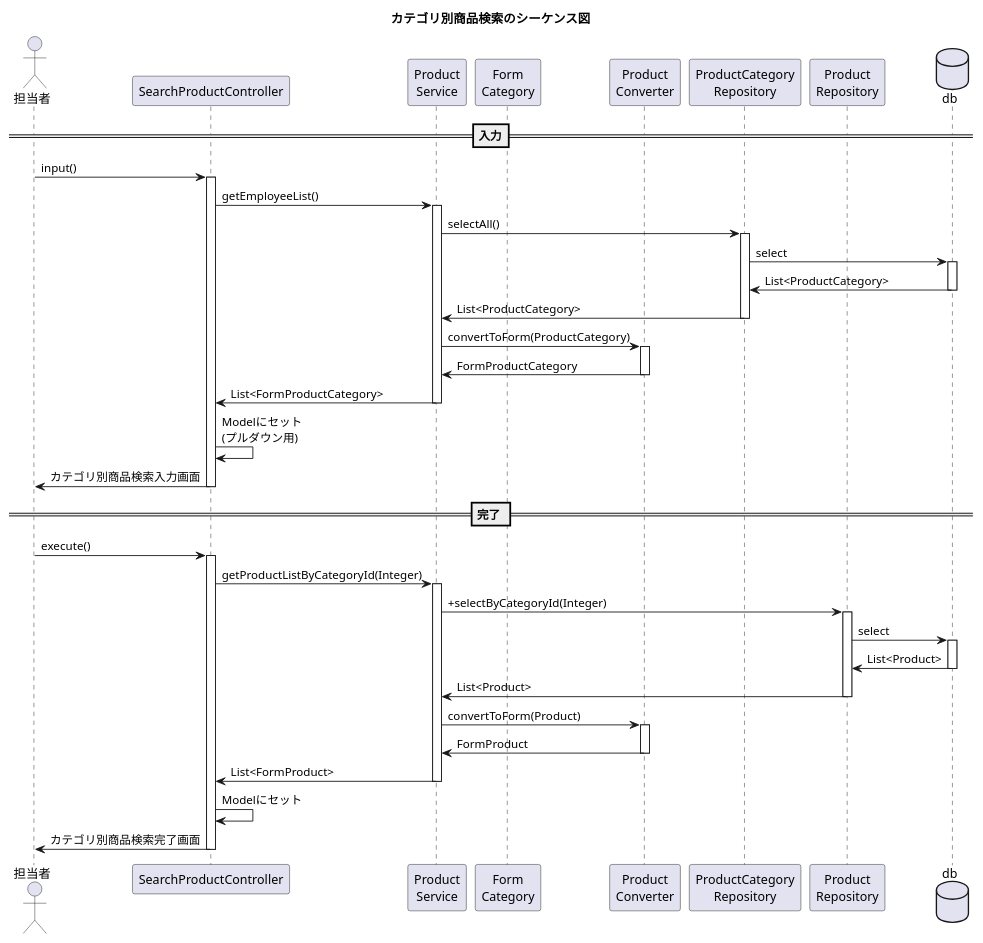
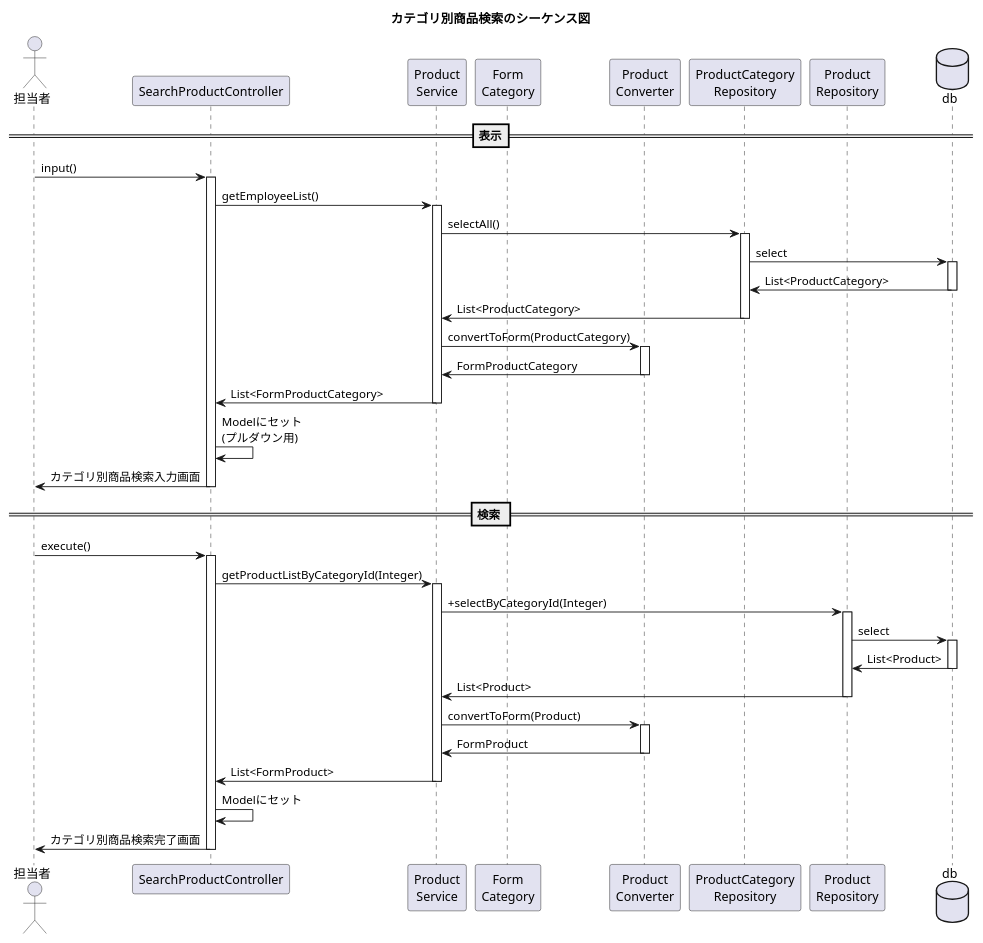
Before and after one commit to kanavii3333/ec-b: the diagram in plan/uml/sequence/uc011.plantuml, drawn with PlantUML.

Commit message:
uc011.plantuml 修正

```diff
--- a/plan/uml/sequence/uc011.plantuml
+++ b/plan/uml/sequence/uc011.plantuml
@@ -1,39 +1,39 @@
 @startuml
 
 title カテゴリ別商品検索のシーケンス図
 actor "担当者" as user
 participant "SearchProductController" as controller
 participant "Product\nService" as service
 participant "Form\nCategory" as form
 participant "Product\nConverter" as helper
 participant "ProductCategory\nRepository" as repository1
 participant "Product\nRepository" as repository2
 database "db" as db
-==入力==
+==表示==
 user -> controller++:input()
 controller -> service++:getEmployeeList()
 service -> repository1++:selectAll()
 repository1 -> db++:select
 db -> repository1--:List<ProductCategory>
 repository1 -> service--:List<ProductCategory>
 service -> helper++:convertToForm(ProductCategory)
 service <- helper--:FormProductCategory
 service -> controller--:List<FormProductCategory>
 controller -> controller:Modelにセット\n(プルダウン用)
 controller -> user--:カテゴリ別商品検索入力画面
 
-== 完了 ==
+== 検索 ==
 user -> controller++:execute()
 controller -> service++:getProductListByCategoryId(Integer)
 service -> repository2++:+selectByCategoryId(Integer)
 repository2 -> db++:select
 db -> repository2--:List<Product>
 repository2 -> service--:List<Product>
 service -> helper++:convertToForm(Product)
 service <- helper--:FormProduct
 service -> controller--:List<FormProduct>
 controller -> controller:Modelにセット
 controller -> user--:カテゴリ別商品検索完了画面
 
 
 @enduml
```
